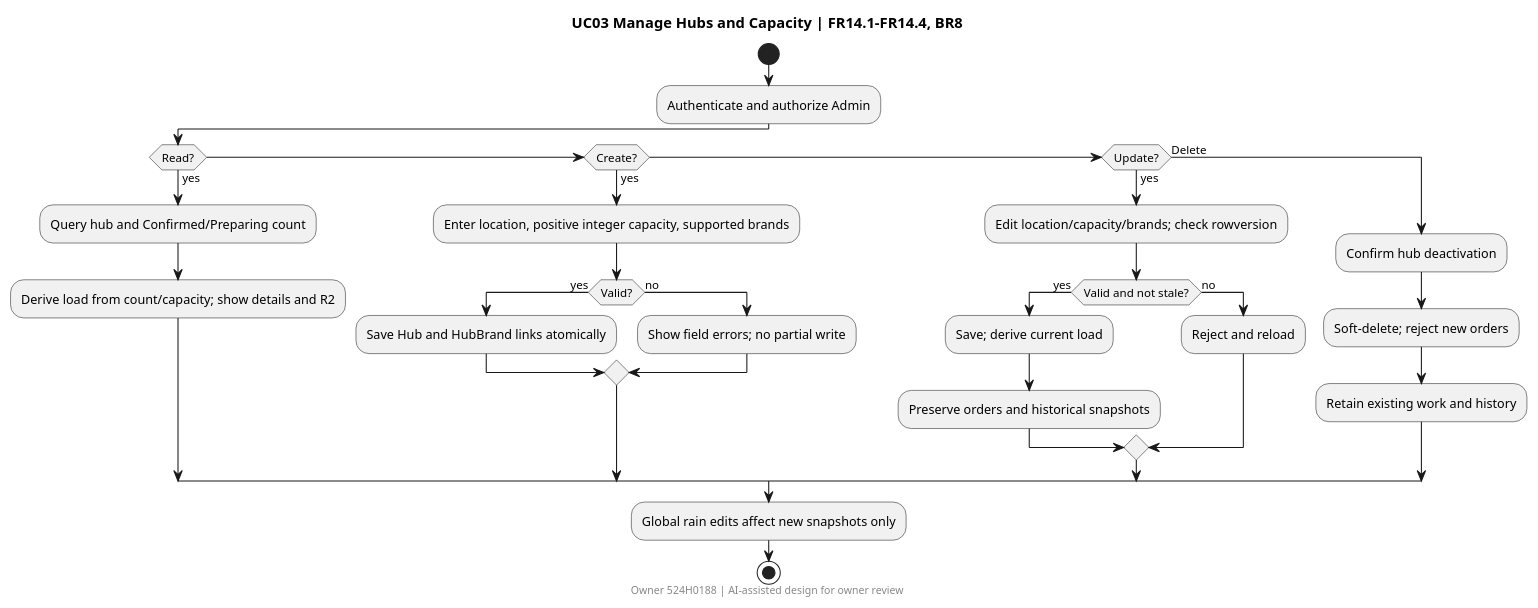
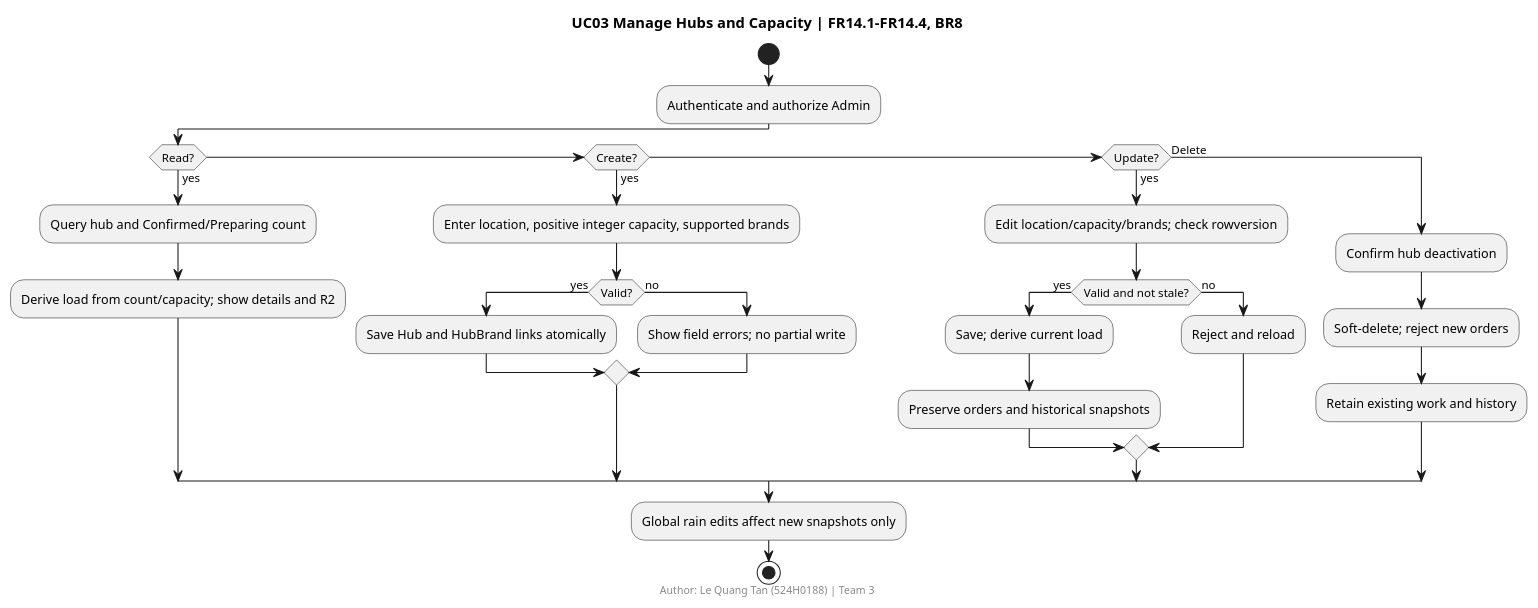
Before and after one commit to rumnopro0809/saigonbite-group3: the diagram in docs/part2/diagrams/uc03-hub-activity.puml, drawn with PlantUML. The commit also changed 41 other files, not shown here.

Commit message:
chore(part2): finalize V2-only Figma links, clean UML diagrams, ERD SystemSettings and report PDF

```diff
--- a/docs/part2/diagrams/uc03-hub-activity.puml
+++ b/docs/part2/diagrams/uc03-hub-activity.puml
@@ -1,31 +1,31 @@
 @startuml
 title UC03 Manage Hubs and Capacity | FR14.1-FR14.4, BR8
-footer Owner 524H0188 | AI-assisted design for owner review
+footer Author: Le Quang Tan (524H0188) | Team 3
 start
 :Authenticate and authorize Admin;
 if (Read?) then (yes)
  :Query hub and Confirmed/Preparing count;
  :Derive load from count/capacity; show details and R2;
 elseif (Create?) then (yes)
  :Enter location, positive integer capacity, supported brands;
  if (Valid?) then (yes)
   :Save Hub and HubBrand links atomically;
  else (no)
   :Show field errors; no partial write;
  endif
 elseif (Update?) then (yes)
  :Edit location/capacity/brands; check rowversion;
  if (Valid and not stale?) then (yes)
   :Save; derive current load;
   :Preserve orders and historical snapshots;
  else (no)
   :Reject and reload;
  endif
 else (Delete)
  :Confirm hub deactivation;
  :Soft-delete; reject new orders;
  :Retain existing work and history;
 endif
 :Global rain edits affect new snapshots only;
 stop
 @enduml
```
